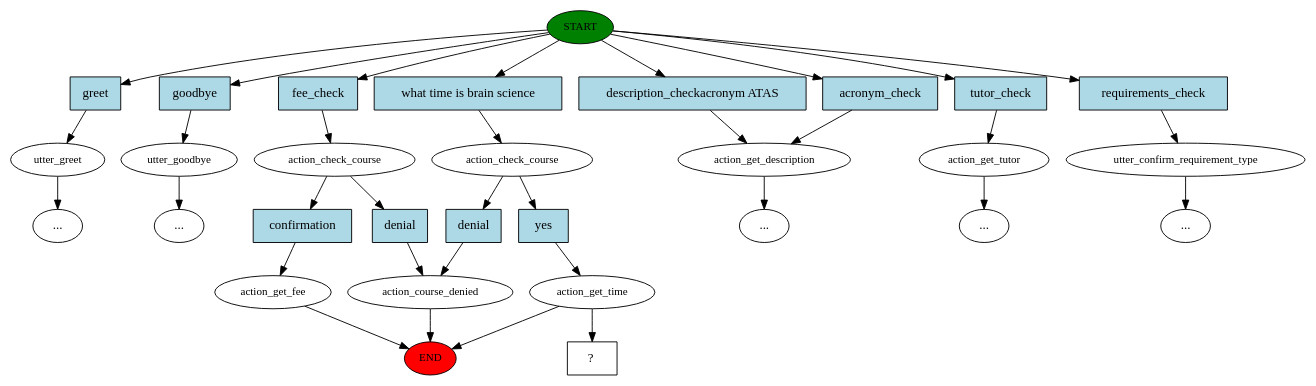
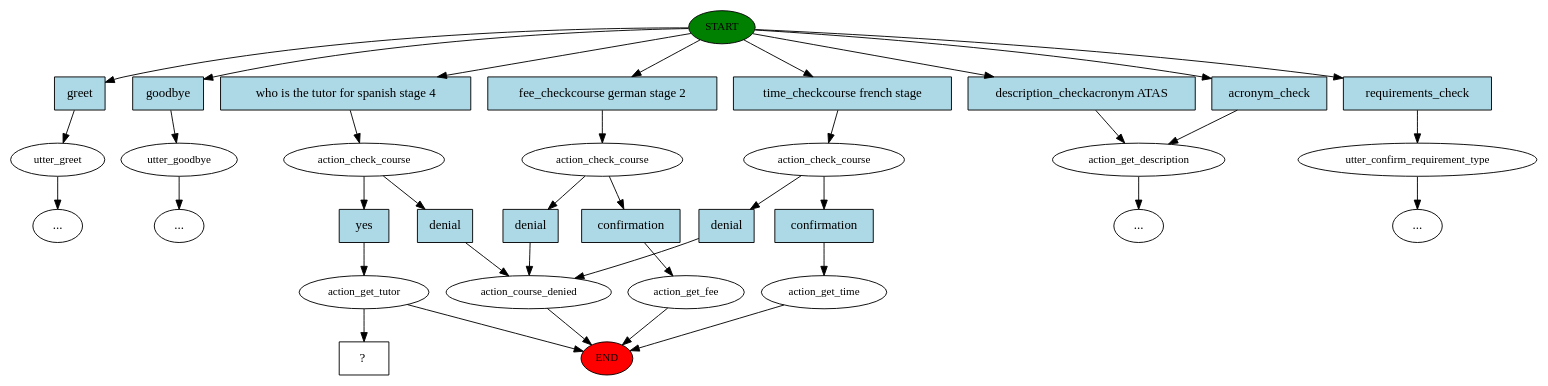
The diagram in chat-service/model/story_graph.dot (leonore/ugenie), drawn with Graphviz before and after one commit. The commit also changed 4 other files, not shown here.

```diff
--- a/chat-service/model/story_graph.dot
+++ b/chat-service/model/story_graph.dot
@@ -1,65 +1,71 @@
 digraph  {
 0 [class="start active", fillcolor=green, fontsize=12, label=START, style=filled];
 "-1" [class=end, fillcolor=red, fontsize=12, label=END, style=filled];
 1 [class="", fontsize=12, label=utter_greet];
 "-3" [class=ellipsis, label="..."];
 2 [class="", fontsize=12, label=utter_goodbye];
 "-4" [class=ellipsis, label="..."];
 3 [class="", fontsize=12, label=action_check_course];
 4 [class="", fontsize=12, label=action_get_fee];
 6 [class="", fontsize=12, label=action_course_denied];
-7 [class=active, fontsize=12, label=action_check_course];
-8 [class=active, fontsize=12, label=action_get_time];
+7 [class="", fontsize=12, label=action_check_course];
+8 [class="", fontsize=12, label=action_get_time];
 11 [class="", fontsize=12, label=action_get_description];
-13 [class="", fontsize=12, label=action_get_tutor];
+13 [class=active, fontsize=12, label=action_check_course];
+14 [class=active, fontsize=12, label=action_get_tutor];
+17 [class="", fontsize=12, label=utter_confirm_requirement_type];
 "-7" [class=ellipsis, label="..."];
-14 [class="", fontsize=12, label=utter_confirm_requirement_type];
-"-8" [class=ellipsis, label="..."];
-"-12" [class=ellipsis, label="..."];
-25 [class="intent dashed active", label="  ?  ", shape=rect];
-26 [class=intent, fillcolor=lightblue, label=greet, shape=rect, style=filled];
-27 [class=intent, fillcolor=lightblue, label=goodbye, shape=rect, style=filled];
-28 [class=intent, fillcolor=lightblue, label=fee_check, shape=rect, style=filled];
-29 [class="intent active", fillcolor=lightblue, label="what time is brain science", shape=rect, style=filled];
-30 [class=intent, fillcolor=lightblue, label="description_checkacronym ATAS", shape=rect, style=filled];
-31 [class=intent, fillcolor=lightblue, label=acronym_check, shape=rect, style=filled];
-32 [class=intent, fillcolor=lightblue, label=tutor_check, shape=rect, style=filled];
-33 [class=intent, fillcolor=lightblue, label=requirements_check, shape=rect, style=filled];
-34 [class=intent, fillcolor=lightblue, label=confirmation, shape=rect, style=filled];
-35 [class=intent, fillcolor=lightblue, label=denial, shape=rect, style=filled];
-36 [class="intent active", fillcolor=lightblue, label=yes, shape=rect, style=filled];
-37 [class=intent, fillcolor=lightblue, label=denial, shape=rect, style=filled];
-0 -> 26  [class="", key=0];
-0 -> 27  [class="", key=0];
-0 -> 28  [class="", key=0];
-0 -> 29  [class=active, key=0];
-0 -> 30  [class="", key=0];
-0 -> 31  [class="", key=0];
-0 -> 32  [class="", key=0];
+"-11" [class=ellipsis, label="..."];
+32 [class="intent dashed active", label="  ?  ", shape=rect];
+33 [class=intent, fillcolor=lightblue, label=greet, shape=rect, style=filled];
+34 [class=intent, fillcolor=lightblue, label=goodbye, shape=rect, style=filled];
+35 [class=intent, fillcolor=lightblue, label="fee_checkcourse german stage 2", shape=rect, style=filled];
+36 [class=intent, fillcolor=lightblue, label="time_checkcourse french stage", shape=rect, style=filled];
+37 [class=intent, fillcolor=lightblue, label="description_checkacronym ATAS", shape=rect, style=filled];
+38 [class=intent, fillcolor=lightblue, label=acronym_check, shape=rect, style=filled];
+39 [class="intent active", fillcolor=lightblue, label="who is the tutor for spanish stage 4", shape=rect, style=filled];
+40 [class=intent, fillcolor=lightblue, label=requirements_check, shape=rect, style=filled];
+41 [class=intent, fillcolor=lightblue, label=confirmation, shape=rect, style=filled];
+42 [class=intent, fillcolor=lightblue, label=denial, shape=rect, style=filled];
+43 [class=intent, fillcolor=lightblue, label=confirmation, shape=rect, style=filled];
+44 [class=intent, fillcolor=lightblue, label=denial, shape=rect, style=filled];
+45 [class="intent active", fillcolor=lightblue, label=yes, shape=rect, style=filled];
+46 [class=intent, fillcolor=lightblue, label=denial, shape=rect, style=filled];
 0 -> 33  [class="", key=0];
+0 -> 34  [class="", key=0];
+0 -> 35  [class="", key=0];
+0 -> 36  [class="", key=0];
+0 -> 37  [class="", key=0];
+0 -> 38  [class="", key=0];
+0 -> 39  [class=active, key=0];
+0 -> 40  [class="", key=0];
 1 -> "-3"  [class="", key=NONE, label=""];
 2 -> "-4"  [class="", key=NONE, label=""];
-3 -> 34  [class="", key=0];
-3 -> 35  [class="", key=0];
+3 -> 41  [class="", key=0];
+3 -> 42  [class="", key=0];
 4 -> "-1"  [class="", key=NONE, label=""];
 6 -> "-1"  [class="", key=NONE, label=""];
-7 -> 36  [class=active, key=0];
-7 -> 37  [class="", key=0];
+7 -> 43  [class="", key=0];
+7 -> 44  [class="", key=0];
 8 -> "-1"  [class="", key=NONE, label=""];
-8 -> 25  [class=active, key=NONE, label=""];
-11 -> "-12"  [class="", key=NONE, label=""];
-13 -> "-7"  [class="", key=NONE, label=""];
-14 -> "-8"  [class="", key=NONE, label=""];
-26 -> 1  [class="", key=0];
-27 -> 2  [class="", key=0];
-28 -> 3  [class="", key=0];
-29 -> 7  [class=active, key=0];
-30 -> 11  [class="", key=0];
-31 -> 11  [class="", key=0];
-32 -> 13  [class="", key=0];
-33 -> 14  [class="", key=0];
-34 -> 4  [class="", key=0];
-35 -> 6  [class="", key=0];
-36 -> 8  [class=active, key=0];
-37 -> 6  [class="", key=0];
+11 -> "-11"  [class="", key=NONE, label=""];
+13 -> 45  [class=active, key=0];
+13 -> 46  [class="", key=0];
+14 -> "-1"  [class="", key=NONE, label=""];
+14 -> 32  [class=active, key=NONE, label=""];
+17 -> "-7"  [class="", key=NONE, label=""];
+33 -> 1  [class="", key=0];
+34 -> 2  [class="", key=0];
+35 -> 3  [class="", key=0];
+36 -> 7  [class="", key=0];
+37 -> 11  [class="", key=0];
+38 -> 11  [class="", key=0];
+39 -> 13  [class=active, key=0];
+40 -> 17  [class="", key=0];
+41 -> 4  [class="", key=0];
+42 -> 6  [class="", key=0];
+43 -> 8  [class="", key=0];
+44 -> 6  [class="", key=0];
+45 -> 14  [class=active, key=0];
+46 -> 6  [class="", key=0];
 }
```
